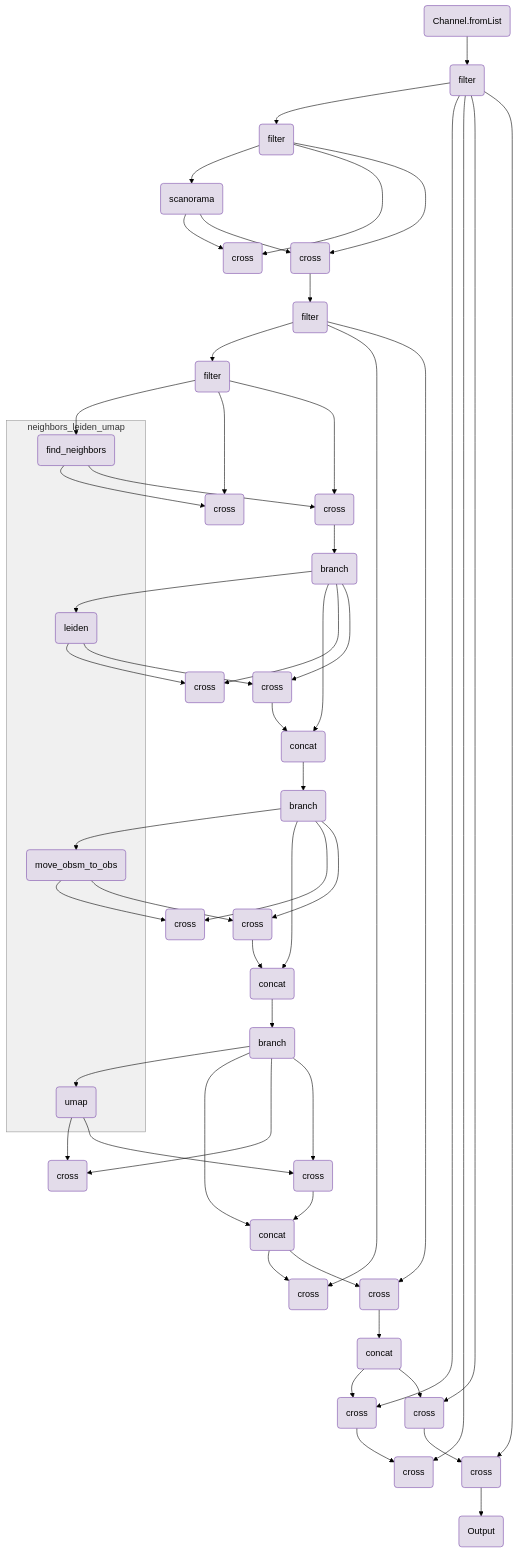
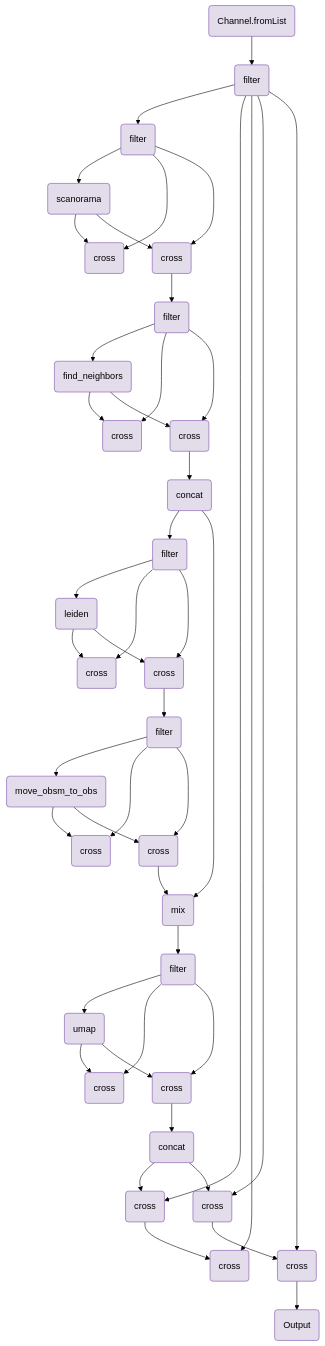
Before and after one commit to openpipelines-bio/website: the diagram in components/workflows/integration/scanorama_leiden.qmd, drawn with Mermaid (forest theme). The commit also changed other lines of this file and 145 other files, not shown here.

````diff
--- a/components/workflows/integration/scanorama_leiden.qmd
+++ b/components/workflows/integration/scanorama_leiden.qmd
@@ -165,88 +165,73 @@
     v25(cross)
     v35(cross)
     v41(filter)
-    v195(concat)
-    v50(filter)
-    v65(cross)
-    v75(cross)
-    v84(branch)
-    v111(concat)
-    v96(cross)
-    v106(cross)
-    v115(branch)
-    v142(concat)
-    v127(cross)
-    v137(cross)
-    v146(branch)
-    v173(concat)
-    v158(cross)
-    v168(cross)
-    v180(cross)
-    v190(cross)
-    v202(cross)
-    v209(cross)
-    v221(cross)
-    v228(cross)
-    v232(Output)
-    subgraph group_neighbors_leiden_umap [neighbors_leiden_umap]
-        v58(find_neighbors)
-        v89(leiden)
-        v120(move_obsm_to_obs)
-        v151(umap)
-    end
-    v84-->v111
-    v115-->v142
-    v146-->v173
+    v71(concat)
+    v49(find_neighbors)
+    v56(cross)
+    v66(cross)
+    v73(filter)
+    v81(leiden)
+    v88(cross)
+    v98(cross)
+    v104(filter)
+    v112(move_obsm_to_obs)
+    v119(cross)
+    v129(cross)
+    v136(mix)
+    v137(filter)
+    v167(concat)
+    v145(umap)
+    v152(cross)
+    v162(cross)
+    v174(cross)
+    v181(cross)
+    v193(cross)
+    v200(cross)
+    v204(Output)
+    v136-->v137
     v0-->v2
     v2-->v10
     v10-->v18
     v18-->v25
     v10-->v25
     v10-->v35
-    v41-->v50
-    v50-->v58
-    v58-->v65
-    v50-->v65
-    v50-->v75
-    v84-->v89
-    v89-->v96
-    v84-->v96
-    v84-->v106
-    v106-->v111
-    v115-->v120
-    v120-->v127
-    v115-->v127
-    v115-->v137
-    v137-->v142
-    v146-->v151
-    v151-->v158
-    v146-->v158
-    v146-->v168
-    v168-->v173
-    v173-->v180
-    v41-->v180
-    v41-->v190
-    v190-->v195
-    v195-->v202
-    v2-->v202
-    v202-->v209
-    v2-->v209
-    v2-->v221
-    v221-->v228
-    v2-->v228
-    v228-->v232
+    v41-->v49
+    v49-->v56
+    v41-->v56
+    v41-->v66
+    v66-->v71
+    v73-->v81
+    v81-->v88
+    v73-->v88
+    v73-->v98
+    v104-->v112
+    v112-->v119
+    v104-->v119
+    v104-->v129
+    v137-->v145
+    v145-->v152
+    v137-->v152
+    v137-->v162
+    v162-->v167
+    v167-->v174
+    v2-->v174
+    v174-->v181
+    v2-->v181
+    v2-->v193
+    v193-->v200
+    v2-->v200
+    v200-->v204
     v35-->v41
     v18-->v35
-    v58-->v75
-    v75-->v84
-    v89-->v106
-    v111-->v115
-    v120-->v137
-    v142-->v146
-    v151-->v168
-    v173-->v190
-    v195-->v221
-    style group_neighbors_leiden_umap fill:#F0F0F0,stroke:#969696;
+    v49-->v66
+    v71-->v73
+    v98-->v104
+    v81-->v98
+    v129-->v136
+    v112-->v129
+    v71-->v136
+    v145-->v162
+    v167-->v193
     style v0 fill:#e3dcea,stroke:#7a4baa;
     style v2 fill:#e3dcea,stroke:#7a4baa;
     style v10 fill:#e3dcea,stroke:#7a4baa;
@@ -254,32 +239,28 @@
     style v25 fill:#e3dcea,stroke:#7a4baa;
     style v35 fill:#e3dcea,stroke:#7a4baa;
     style v41 fill:#e3dcea,stroke:#7a4baa;
-    style v195 fill:#e3dcea,stroke:#7a4baa;
-    style v50 fill:#e3dcea,stroke:#7a4baa;
-    style v58 fill:#e3dcea,stroke:#7a4baa;
-    style v65 fill:#e3dcea,stroke:#7a4baa;
-    style v75 fill:#e3dcea,stroke:#7a4baa;
-    style v84 fill:#e3dcea,stroke:#7a4baa;
-    style v111 fill:#e3dcea,stroke:#7a4baa;
-    style v89 fill:#e3dcea,stroke:#7a4baa;
-    style v96 fill:#e3dcea,stroke:#7a4baa;
-    style v106 fill:#e3dcea,stroke:#7a4baa;
-    style v115 fill:#e3dcea,stroke:#7a4baa;
-    style v142 fill:#e3dcea,stroke:#7a4baa;
-    style v120 fill:#e3dcea,stroke:#7a4baa;
-    style v127 fill:#e3dcea,stroke:#7a4baa;
+    style v71 fill:#e3dcea,stroke:#7a4baa;
+    style v49 fill:#e3dcea,stroke:#7a4baa;
+    style v56 fill:#e3dcea,stroke:#7a4baa;
+    style v66 fill:#e3dcea,stroke:#7a4baa;
+    style v73 fill:#e3dcea,stroke:#7a4baa;
+    style v81 fill:#e3dcea,stroke:#7a4baa;
+    style v88 fill:#e3dcea,stroke:#7a4baa;
+    style v98 fill:#e3dcea,stroke:#7a4baa;
+    style v104 fill:#e3dcea,stroke:#7a4baa;
+    style v112 fill:#e3dcea,stroke:#7a4baa;
+    style v119 fill:#e3dcea,stroke:#7a4baa;
+    style v129 fill:#e3dcea,stroke:#7a4baa;
+    style v136 fill:#e3dcea,stroke:#7a4baa;
     style v137 fill:#e3dcea,stroke:#7a4baa;
-    style v146 fill:#e3dcea,stroke:#7a4baa;
-    style v173 fill:#e3dcea,stroke:#7a4baa;
-    style v151 fill:#e3dcea,stroke:#7a4baa;
-    style v158 fill:#e3dcea,stroke:#7a4baa;
-    style v168 fill:#e3dcea,stroke:#7a4baa;
-    style v180 fill:#e3dcea,stroke:#7a4baa;
-    style v190 fill:#e3dcea,stroke:#7a4baa;
-    style v202 fill:#e3dcea,stroke:#7a4baa;
-    style v209 fill:#e3dcea,stroke:#7a4baa;
-    style v221 fill:#e3dcea,stroke:#7a4baa;
-    style v228 fill:#e3dcea,stroke:#7a4baa;
-    style v232 fill:#e3dcea,stroke:#7a4baa;
+    style v167 fill:#e3dcea,stroke:#7a4baa;
+    style v145 fill:#e3dcea,stroke:#7a4baa;
+    style v152 fill:#e3dcea,stroke:#7a4baa;
+    style v162 fill:#e3dcea,stroke:#7a4baa;
+    style v174 fill:#e3dcea,stroke:#7a4baa;
+    style v181 fill:#e3dcea,stroke:#7a4baa;
+    style v193 fill:#e3dcea,stroke:#7a4baa;
+    style v200 fill:#e3dcea,stroke:#7a4baa;
+    style v204 fill:#e3dcea,stroke:#7a4baa;
 
 ```
````
